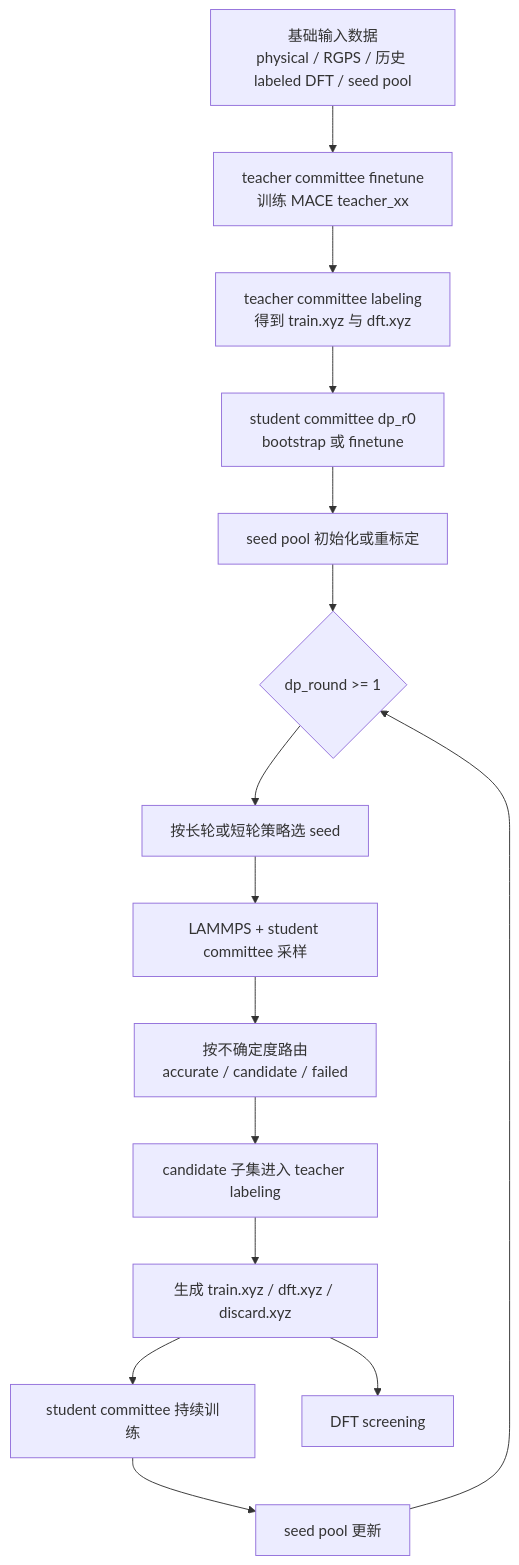
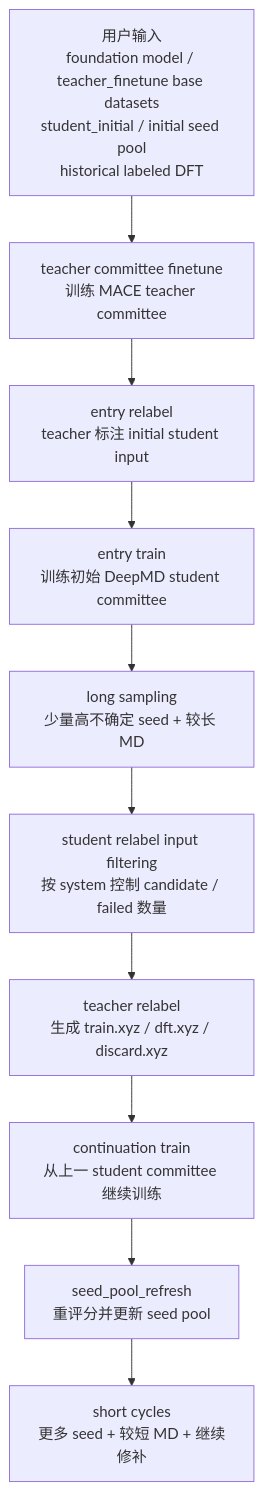
Before and after one commit to NanaKk0/DICE: the diagram in CORE_ALGORITHM_GUIDE.md, drawn with Mermaid. The commit also changed other lines of this file and 4 other files, not shown here.

````diff
--- a/CORE_ALGORITHM_GUIDE.md
+++ b/CORE_ALGORITHM_GUIDE.md
@@ -17,17 +24,12 @@
 ```mermaid
 flowchart TD
-    A["基础输入数据<br/>physical / RGPS / 历史 labeled DFT / seed pool"] --> B["teacher committee finetune<br/>训练 MACE teacher_xx"]
-    B --> C["teacher committee labeling<br/>得到 train.xyz 与 dft.xyz"]
-    C --> D["student committee dp_r0<br/>bootstrap 或 finetune"]
-    D --> E["seed pool 初始化或重标定"]
-    E --> F{"dp_round >= 1"}
-    F --> G["按长轮或短轮策略选 seed"]
-    G --> H["LAMMPS + student committee 采样"]
-    H --> I["按不确定度路由<br/>accurate / candidate / failed"]
-    I --> J["candidate 子集进入 teacher labeling"]
-    J --> K["生成 train.xyz / dft.xyz / discard.xyz"]
-    K --> L["student committee 持续训练"]
-    L --> M["seed pool 更新"]
-    K --> N["DFT screening"]
-    M --> F
+    A["用户输入<br/>foundation model / teacher_finetune base datasets<br/>student_initial / initial seed pool<br/>historical labeled DFT"] --> B["teacher committee finetune<br/>训练 MACE teacher committee"]
+    B --> C["entry relabel<br/>teacher 标注 initial student input"]
+    C --> D["entry train<br/>训练初始 DeepMD student committee"]
+    D --> E["long sampling<br/>少量高不确定 seed + 较长 MD"]
+    E --> F["student relabel input filtering<br/>按 system 控制 candidate / failed 数量"]
+    F --> G["teacher relabel<br/>生成 train.xyz / dft.xyz / discard.xyz"]
+    G --> H["continuation train<br/>从上一 student committee 继续训练"]
+    H --> I["seed_pool_refresh<br/>重评分并更新 seed pool"]
+    I --> J["short cycles<br/>更多 seed + 较短 MD + 继续修补"]
 ```
````
